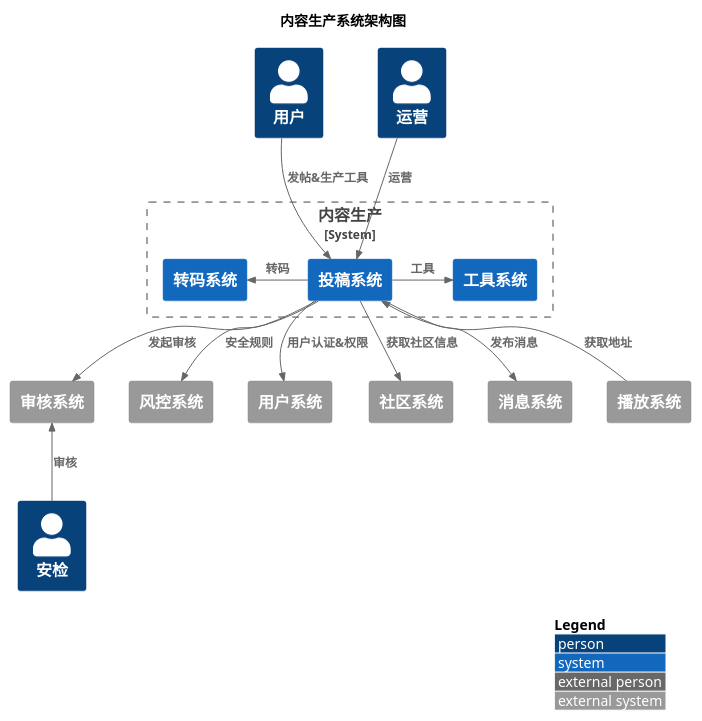
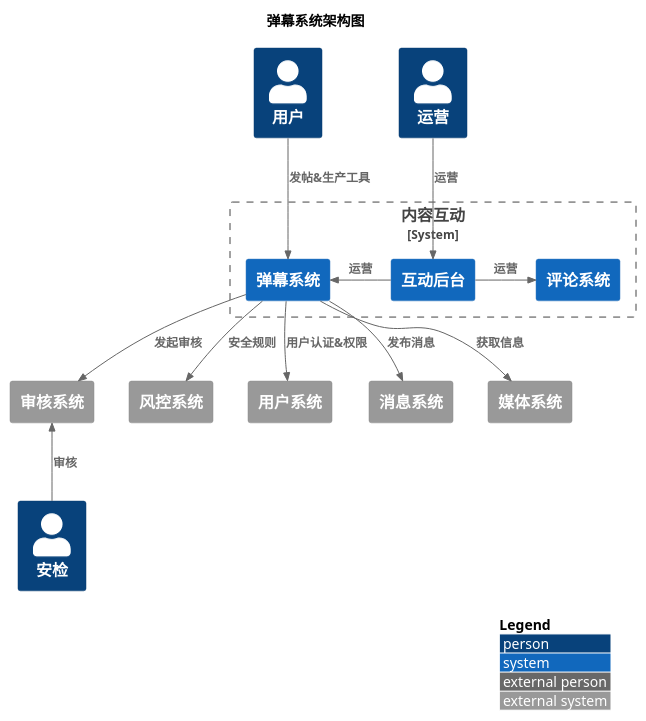
Before and after one commit to nxnnxn/community-doc: the diagram in puml/interact/content/barrage/system.puml, drawn with PlantUML. The commit also changed 14 other files, not shown here.

```diff
--- a/puml/interact/content/barrage/system.puml
+++ b/puml/interact/content/barrage/system.puml
@@ -1,41 +1,36 @@
 @startuml
 !include <C4/C4_Context>
 LAYOUT_WITH_LEGEND()
 
-title 内容生产系统架构图
+title 弹幕系统架构图
 
 Person(user, "用户")
 Person(user1, "运营")
 Person(user2, "安检")
 
-System_Boundary(contentProduction, "内容生产"){
-     System(transcode, "转码系统")
-     System(post, "投稿系统")
-     System(postTool, "工具系统")
-     Rel_L(post, transcode, "转码")
-     Rel_R(post, postTool, "工具")
+System_Boundary(relationContentProduction, "内容互动"){
+     System(comment, "评论系统")
+     System(barrage, "弹幕系统")
+     System(admin, "互动后台")
+     Rel_L(admin, barrage, "运营")
+     Rel_R(admin, comment, "运营")
 }
 
 System_Ext(security,"风控系统")
 System_Ext(userSystem,"用户系统")
-System_Ext(community, "社区系统")
 System_Ext(audit, "审核系统")
 System_Ext(message, "消息系统")
-System_Ext(play, "播放系统")
-Rel(user, post, "发帖&生产工具")
-Rel(user1,post, "运营")
+System_Ext(videoSystem, "媒体系统")
+Rel(user, barrage, "发帖&生产工具")
+Rel(user1,admin, "运营")
 
-Rel(post, security, "安全规则")
-Rel(post, userSystem, "用户认证&权限")
-Rel(post, community, "获取社区信息")
-Rel(post, message, "发布消息")
-Rel(post, audit, "发起审核")
+Rel(barrage, security, "安全规则")
+Rel(barrage, userSystem, "用户认证&权限")
+Rel(barrage, message, "发布消息")
+Rel(barrage, audit, "发起审核")
+Rel(barrage, videoSystem, "获取信息")
 Rel_U(user2, audit, "审核")
 
 
 
-Rel_U(play, post, "获取地址")
-
-
-
 @enduml
```
